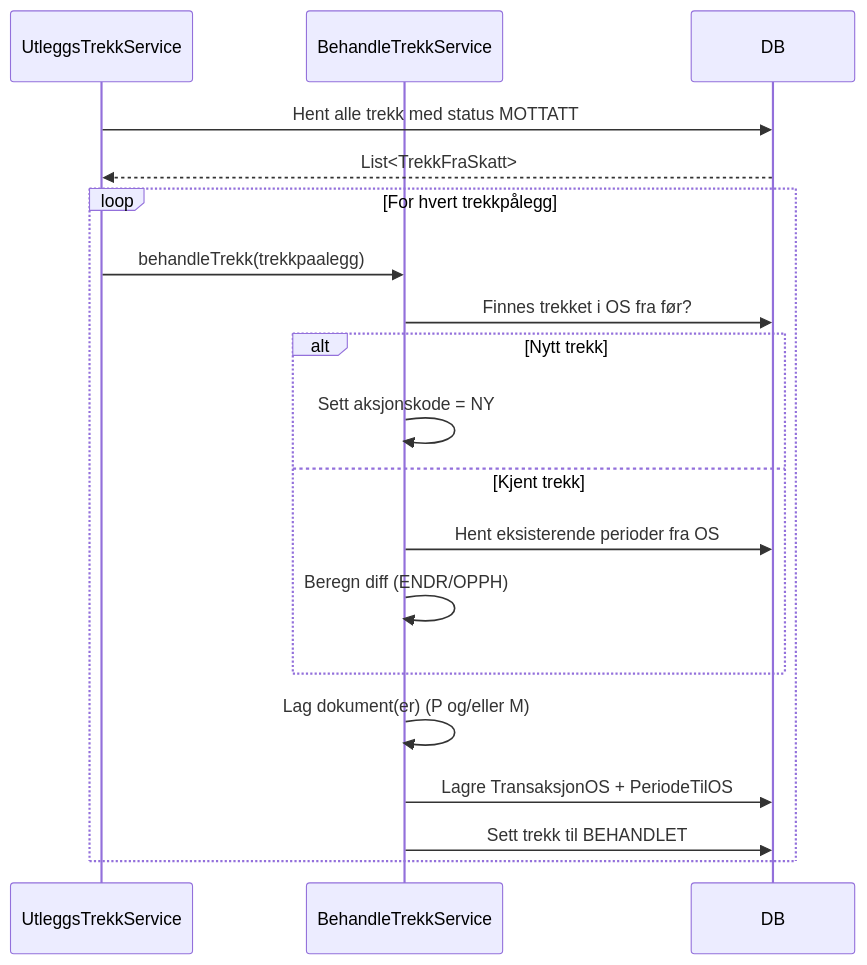
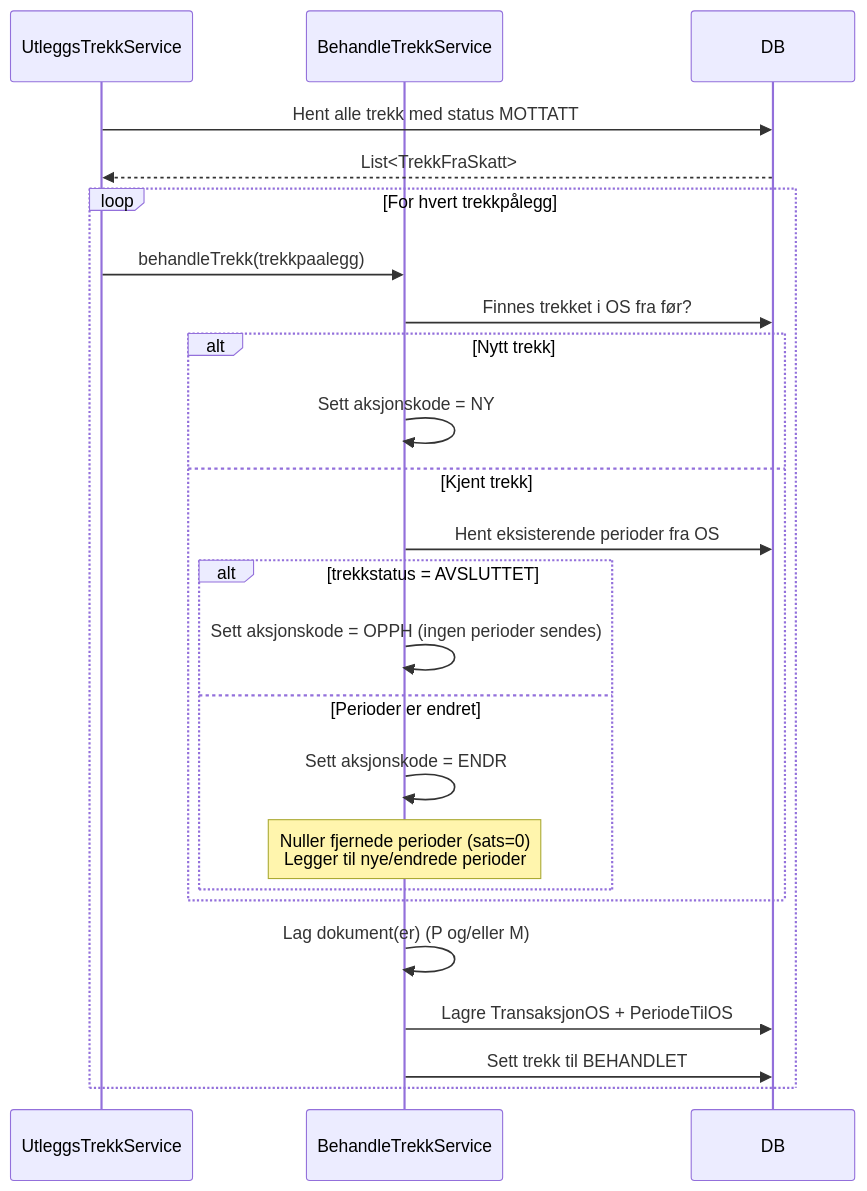
The second of 4 diagrams in dokumentasjon/detaljert/flyt.md (navikt/sokos-utleggstrekk), drawn with Mermaid before and after one commit. The commit also changed 5 other files, not shown here.

Commit message:
:book: Updated documentation for processing flow and action code determination in BehandleTrekkService, including handling of period changes and nullifications.

````diff
--- a/dokumentasjon/detaljert/flyt.md
+++ b/dokumentasjon/detaljert/flyt.md
@@ -58,22 +58,27 @@
 ```mermaid
 sequenceDiagram
     participant UtleggsTrekkService
     participant BehandleTrekkService
     participant DB
 
     UtleggsTrekkService->>DB: Hent alle trekk med status MOTTATT
     DB-->>UtleggsTrekkService: List<TrekkFraSkatt>
     loop For hvert trekkpålegg
         UtleggsTrekkService->>BehandleTrekkService: behandleTrekk(trekkpaalegg)
         BehandleTrekkService->>DB: Finnes trekket i OS fra før?
         alt Nytt trekk
             BehandleTrekkService->>BehandleTrekkService: Sett aksjonskode = NY
         else Kjent trekk
             BehandleTrekkService->>DB: Hent eksisterende perioder fra OS
-            BehandleTrekkService->>BehandleTrekkService: Beregn diff (ENDR/OPPH)
+            alt trekkstatus = AVSLUTTET
+                BehandleTrekkService->>BehandleTrekkService: Sett aksjonskode = OPPH (ingen perioder sendes)
+            else Perioder er endret
+                BehandleTrekkService->>BehandleTrekkService: Sett aksjonskode = ENDR
+                note over BehandleTrekkService: Nuller fjernede perioder (sats=0)<br/>Legger til nye/endrede perioder
+            end
         end
         BehandleTrekkService->>BehandleTrekkService: Lag dokument(er) (P og/eller M)
         BehandleTrekkService->>DB: Lagre TransaksjonOS + PeriodeTilOS
         BehandleTrekkService->>DB: Sett trekk til BEHANDLET
     end
 ```
````
